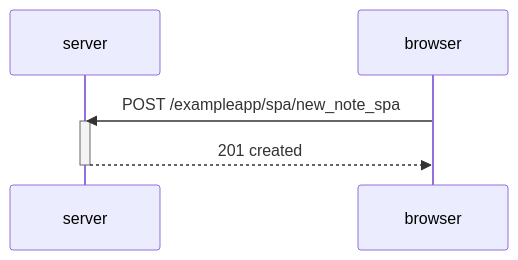
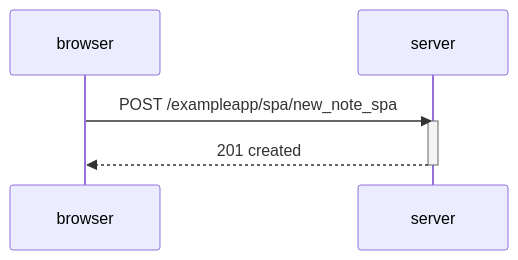
One commit to joonaskarhumaa/full_stack changed the diagram in osa_0/0.6_uusi_muistiinpano_spa.md. Above: the diagram before and after it, drawn with Mermaid. The commit also changed other lines of this file and 2 other files, not shown here.

Commit message:
change places of server and browser for clarity

````diff
--- a/osa_0/0.6_uusi_muistiinpano_spa.md
+++ b/osa_0/0.6_uusi_muistiinpano_spa.md
@@ -1,10 +1,10 @@
 ```mermaid
 sequenceDiagram
+    participant browser
     participant server
-    participant browser
 
     browser ->> server: POST /exampleapp/spa/new_note_spa
     activate server
     server -->> browser: 201 created
     deactivate server
 ```
````
